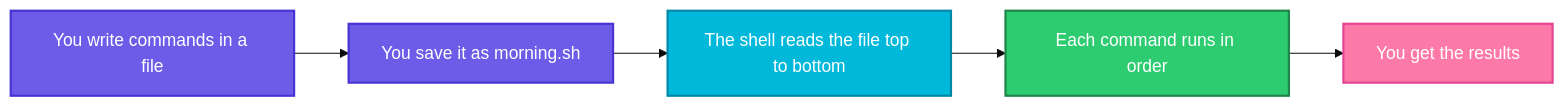
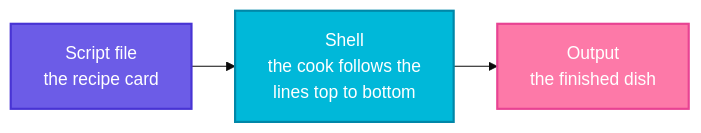
One commit to codeKerdosTech/DevOps-Documentation changed the first of 2 diagrams in shell-script/01-what-is-a-shell-script.md. Above: the diagram before and after it, drawn with Mermaid (base theme). The commit also changed other lines of this file and 10 other files, not shown here.

Commit message:
updated shell-script

````diff
--- a/shell-script/01-what-is-a-shell-script.md
+++ b/shell-script/01-what-is-a-shell-script.md
@@ -55,15 +57,13 @@
 ```mermaid
+%%{init: {"flowchart": {"nodeSpacing": 30, "rankSpacing": 40}}}%%
 flowchart LR
-    A["You write commands in a file"] --> B["You save it as morning.sh"]
-    B --> C["The shell reads the file top to bottom"]
-    C --> D["Each command runs in order"]
-    D --> E["You get the results"]
+    A["Script file<br/>the recipe card"] --> B["Shell<br/>the cook follows the<br/>lines top to bottom"] --> C["Output<br/>the finished dish"]
     classDef start fill:#6C5CE7,stroke:#4834D4,stroke-width:2px,color:#fff
     classDef proc fill:#00B8D9,stroke:#0087A8,stroke-width:2px,color:#fff
+    classDef dec fill:#FFC312,stroke:#E1A100,stroke-width:2px,color:#222
     classDef ok fill:#2ECC71,stroke:#1E8449,stroke-width:2px,color:#fff
     classDef out fill:#FD79A8,stroke:#E84393,stroke-width:2px,color:#fff
-    class A,B start
-    class C proc
-    class D ok
-    class E out
+    class A start
+    class B proc
+    class C out
 ```
````
